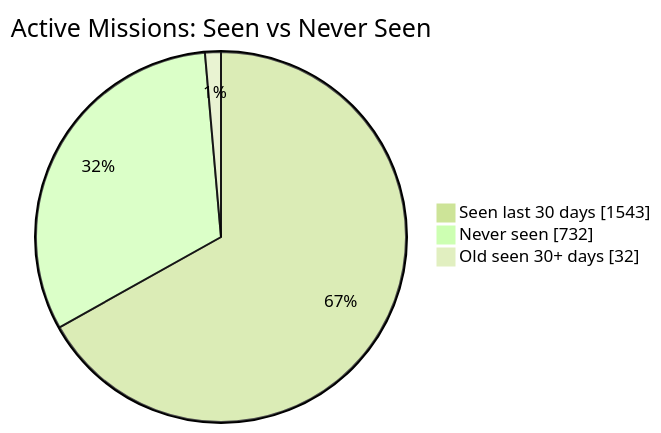
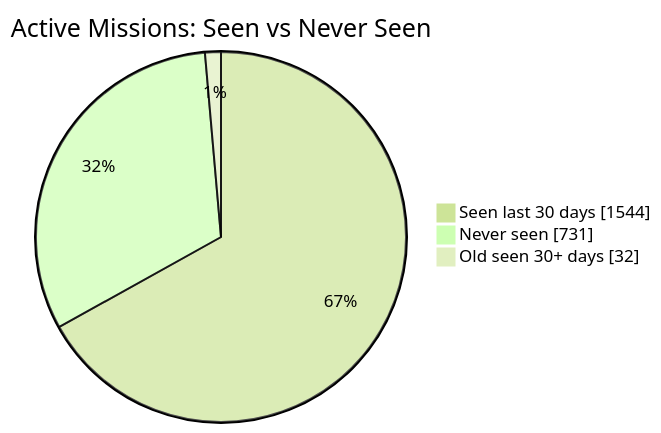
The first of 2 diagrams in README.md (MeldkamerspelGameTeam/active-missions), drawn with Mermaid (forest theme) before and after one commit. The commit also changed other lines of this file and 2 other files, not shown here.

````diff
--- a/README.md
+++ b/README.md
@@ -34,7 +34,7 @@
 ```mermaid
 pie showData
     title Active Missions: Seen vs Never Seen
-    "Seen last 30 days" : 1543
-    "Never seen" : 732
+    "Seen last 30 days" : 1544
+    "Never seen" : 731
     "Old seen 30+ days" : 32
 ```
````
